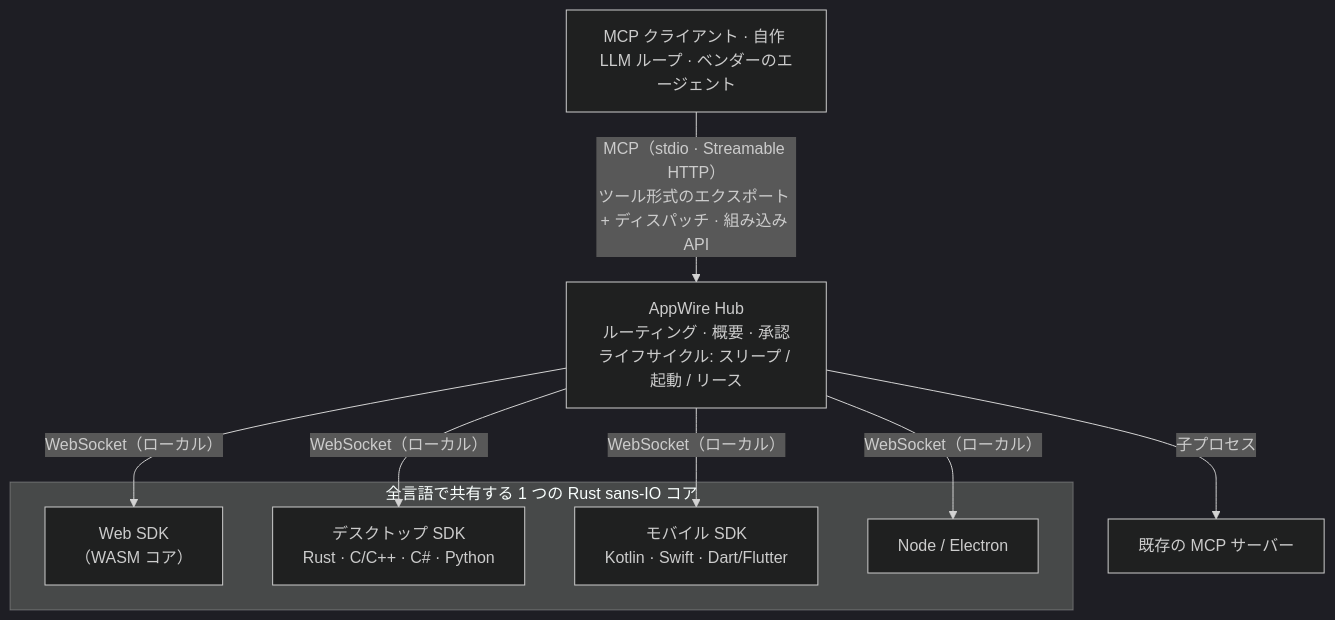
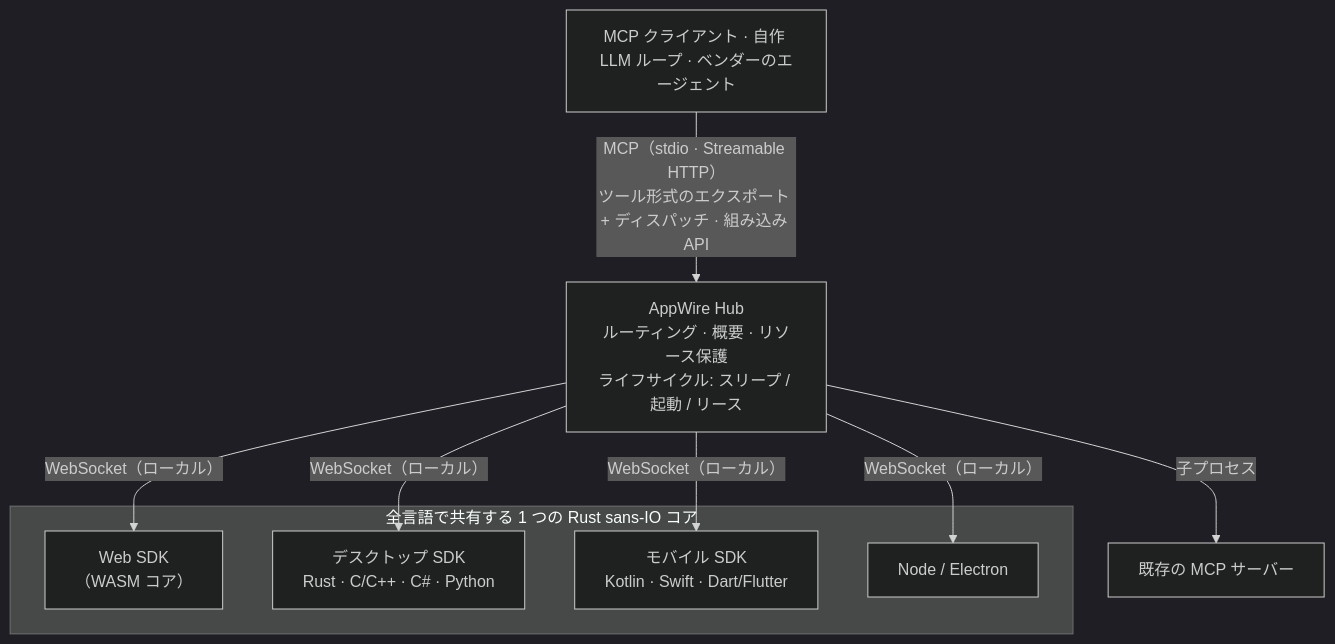
One commit to stareing/appwire changed the diagram in docs/README.ja.md. Above: the diagram before and after it, drawn with Mermaid (dark theme). The commit also changed other lines of this file and 11 other files, not shown here.

Commit message:
第 18 项 L1 + L4：README（11 种语言）与 llms.txt 去掉"Hub 审批"承诺，改为放行归 Agent、高风险确认归 App、本库如实传递声明并保护资源；补第 9 条原则"看得见、改得回"

````diff
--- a/docs/README.ja.md
+++ b/docs/README.ja.md
@@ -148,17 +150,17 @@
 ```mermaid
 flowchart TD
   clients["MCP クライアント · 自作 LLM ループ · ベンダーのエージェント"]
-  hub["AppWire Hub<br/>ルーティング · 概要 · 承認<br/>ライフサイクル: スリープ / 起動 / リース"]
+  hub["AppWire Hub<br/>ルーティング · 概要 · リソース保護<br/>ライフサイクル: スリープ / 起動 / リース"]
   clients -- "MCP（stdio · Streamable HTTP）<br/>ツール形式のエクスポート + ディスパッチ · 組み込み API" --> hub
   hub -- "WebSocket（ローカル）" --> web["Web SDK<br/>（WASM コア）"]
   hub -- "WebSocket（ローカル）" --> desktop["デスクトップ SDK<br/>Rust · C/C++ · C# · Python"]
   hub -- "WebSocket（ローカル）" --> mobile["モバイル SDK<br/>Kotlin · Swift · Dart/Flutter"]
   hub -- "WebSocket（ローカル）" --> node["Node / Electron"]
   hub -- "子プロセス" --> upstream["既存の MCP サーバー"]
   subgraph core["全言語で共有する 1 つの Rust sans-IO コア"]
     web
     desktop
     mobile
     node
   end
 ```
````
